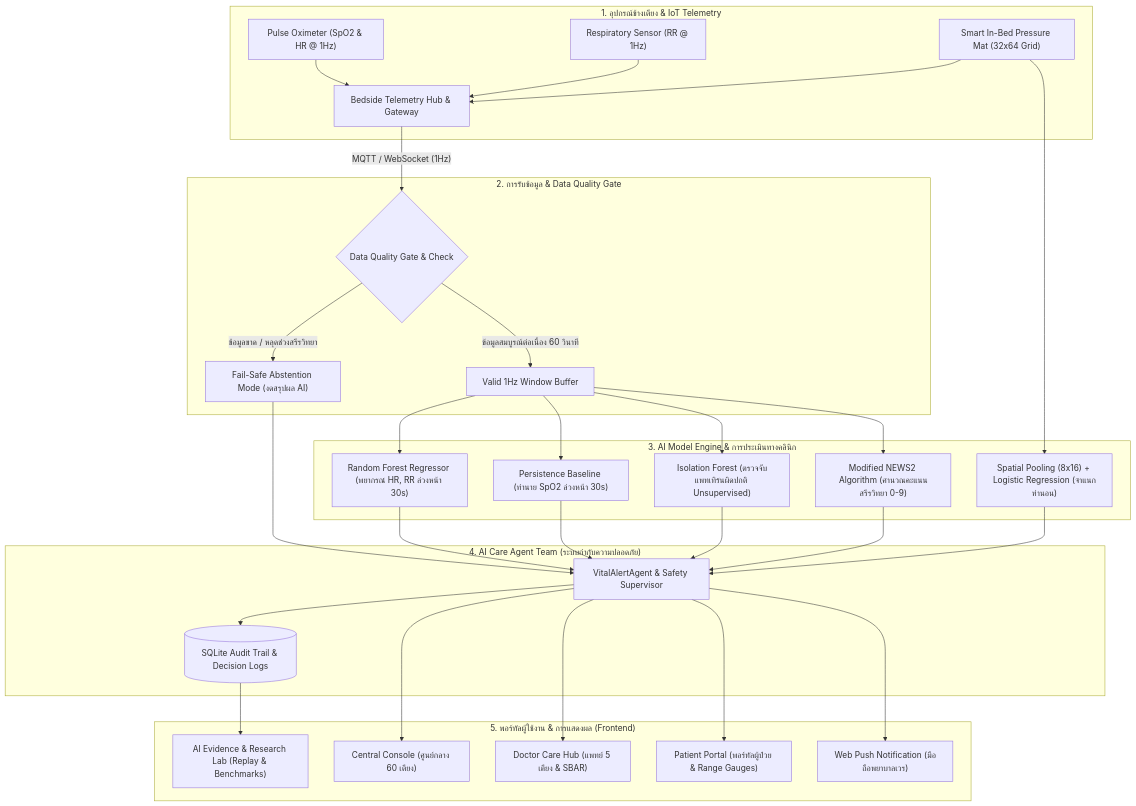
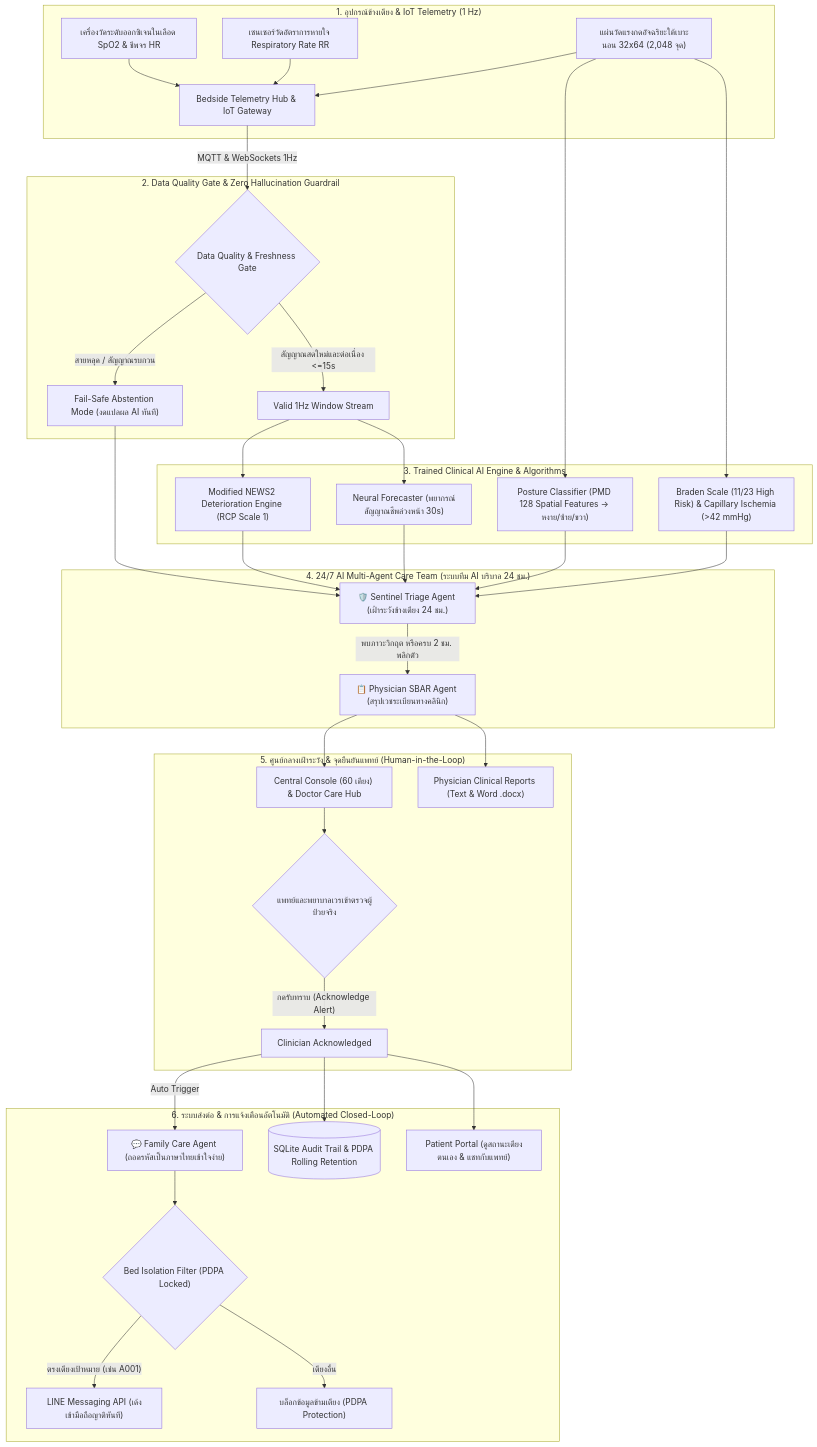
The diagram in README.md (ThuwanonThothob/ai-patient-monitor), drawn with Mermaid before and after one commit.

Commit message:
docs: overhaul architecture flowchart in README with 24/7 AI agents and closed-loop LINE dispatch

````diff
--- a/README.md
+++ b/README.md
@@ -19,44 +19,52 @@
 ```mermaid
 flowchart TD
-    subgraph SENSORS["1. อุปกรณ์ข้างเตียง & IoT Telemetry"]
-        D1["Pulse Oximeter (SpO2 & HR @ 1Hz)"]
-        D2["Respiratory Sensor (RR @ 1Hz)"]
-        D3["Smart In-Bed Pressure Mat (32x64 Grid)"]
-        GW["Bedside Telemetry Hub & Gateway"]
+    subgraph SENSORS["1. อุปกรณ์ข้างเตียง & IoT Telemetry (1 Hz)"]
+        D1["เครื่องวัดระดับออกซิเจนในเลือด SpO2 & ชีพจร HR"]
+        D2["เซนเซอร์วัดอัตราการหายใจ Respiratory Rate RR"]
+        D3["แผ่นวัดแรงกดอัจฉริยะใต้เบาะนอน 32x64 (2,048 จุด)"]
+        GW["Bedside Telemetry Hub & IoT Gateway"]
         D1 --> GW
         D2 --> GW
         D3 --> GW
     end
 
-    subgraph INGESTION["2. การรับข้อมูล & Data Quality Gate"]
-        GW -->|"MQTT / WebSocket (1Hz)"| QG{"Data Quality Gate & Check"}
-        QG -->|"ข้อมูลขาด / หลุดช่วงสรีรวิทยา"| ABSTAIN["Fail-Safe Abstention Mode (งดสรุปผล AI)"]
-        QG -->|"ข้อมูลสมบูรณ์ต่อเนื่อง 60 วินาที"| PIPE["Valid 1Hz Window Buffer"]
+    subgraph QUALITY["2. Data Quality Gate & Zero Hallucination Guardrail"]
+        GW -->|"MQTT & WebSockets 1Hz"| QG{"Data Quality & Freshness Gate"}
+        QG -->|"สายหลุด / สัญญาณรบกวน"| ABSTAIN["Fail-Safe Abstention Mode (งดแปลผล AI ทันที)"]
+        QG -->|"สัญญาณสดใหม่และต่อเนื่อง <=15s"| VALID["Valid 1Hz Window Stream"]
     end
 
-    subgraph AI_MODELS["3. AI Model Engine & การประเมินทางคลินิก"]
-        PIPE --> RF["Random Forest Regressor (พยากรณ์ HR, RR ล่วงหน้า 30s)"]
-        PIPE --> PERSIST["Persistence Baseline (ทำนาย SpO2 ล่วงหน้า 30s)"]
-        PIPE --> IF["Isolation Forest (ตรวจจับแพทเทิร์นผิดปกติ Unsupervised)"]
-        D3 --> PM["Spatial Pooling (8x16) + Logistic Regression (จำแนกท่านอน)"]
-        PIPE --> NEWS2["Modified NEWS2 Algorithm (คำนวณคะแนนสรีรวิทยา 0-9)"]
+    subgraph MODELS["3. Trained Clinical AI Engine & Algorithms"]
+        VALID --> NEWS2["Modified NEWS2 Deterioration Engine (RCP Scale 1)"]
+        VALID --> FORECAST["Neural Forecaster (พยากรณ์สัญญาณชีพล่วงหน้า 30s)"]
+        D3 --> POSTURE["Posture Classifier (PMD 128 Spatial Features -> หงาย/ซ้าย/ขวา)"]
+        D3 --> BRADEN["Braden Scale (11/23 High Risk) & Capillary Ischemia (>42 mmHg)"]
     end
 
-    subgraph AGENT_TEAM["4. AI Care Agent Team (ระบบกำกับความปลอดภัย)"]
-        RF --> AGENTS["VitalAlertAgent & Safety Supervisor"]
-        PERSIST --> AGENTS
-        IF --> AGENTS
-        PM --> AGENTS
-        NEWS2 --> AGENTS
-        ABSTAIN --> AGENTS
-        AGENTS --> AUDIT[("SQLite Audit Trail & Decision Logs")]
+    subgraph AGENTS["4. 24/7 AI Multi-Agent Care Team (ระบบทีม AI บริบาล 24 ชม.)"]
+        NEWS2 --> AGENT1["🛡️ Sentinel Triage Agent (เฝ้าระวังข้างเตียง 24 ชม.)"]
+        FORECAST --> AGENT1
+        POSTURE --> AGENT1
+        BRADEN --> AGENT1
+        ABSTAIN --> AGENT1
+
+        AGENT1 -->|"พบภาวะวิกฤต หรือครบ 2 ชม. พลิกตัว"| AGENT2["📋 Physician SBAR Agent (สรุปเวชระเบียนทางคลินิก)"]
     end
 
-    subgraph APPS["5. พอร์ทัลผู้ใช้งาน & การแสดงผล (Frontend)"]
-        AGENTS --> CENTRAL["Central Console (ศูนย์กลาง 60 เตียง)"]
-        AGENTS --> DOCTOR["Doctor Care Hub (แพทย์ 5 เตียง & SBAR)"]
-        AGENTS --> PATIENT["Patient Portal (พอร์ทัลผู้ป่วย & Range Gauges)"]
-        AGENTS --> PUSH["Web Push Notification (มือถือพยาบาลเวร)"]
-        AUDIT --> LAB["AI Evidence & Research Lab (Replay & Benchmarks)"]
+    subgraph CLINICAL_GATE["5. ศูนย์กลางเฝ้าระวัง & จุดยืนยันแพทย์ (Human-in-the-Loop)"]
+        AGENT2 --> DASHBOARD["Central Console (60 เตียง) & Doctor Care Hub"]
+        AGENT2 --> DOCX["Physician Clinical Reports (Text & Word .docx)"]
+        DASHBOARD --> REVIEW{"แพทย์และพยาบาลเวรเข้าตรวจผู้ป่วยจริง"}
+        REVIEW -->|"กดรับทราบ (Acknowledge Alert)"| ACK["Clinician Acknowledged"]
+    end
+
+    subgraph DISPATCH["6. ระบบส่งต่อ & การแจ้งเตือนอัตโนมัติ (Automated Closed-Loop)"]
+        ACK -->|"Auto Trigger"| AGENT3["💬 Family Care Agent (ถอดรหัสเป็นภาษาไทยเข้าใจง่าย)"]
+        AGENT3 --> BED_ISO{"Bed Isolation Filter (PDPA Locked)"}
+        BED_ISO -->|"ตรงเตียงเป้าหมาย (เช่น A001)"| LINE["LINE Messaging API (เด้งเข้ามือถือญาติทันที)"]
+        BED_ISO -->|"เตียงอื่น"| DROP["บล็อกข้อมูลข้ามเตียง (PDPA Protection)"]
+        
+        ACK --> AUDIT[("SQLite Audit Trail & PDPA Rolling Retention")]
+        ACK --> PORTAL["Patient Portal (ดูสถานะเตียงตนเอง & แชทกับแพทย์)"]
     end
 ```
````
